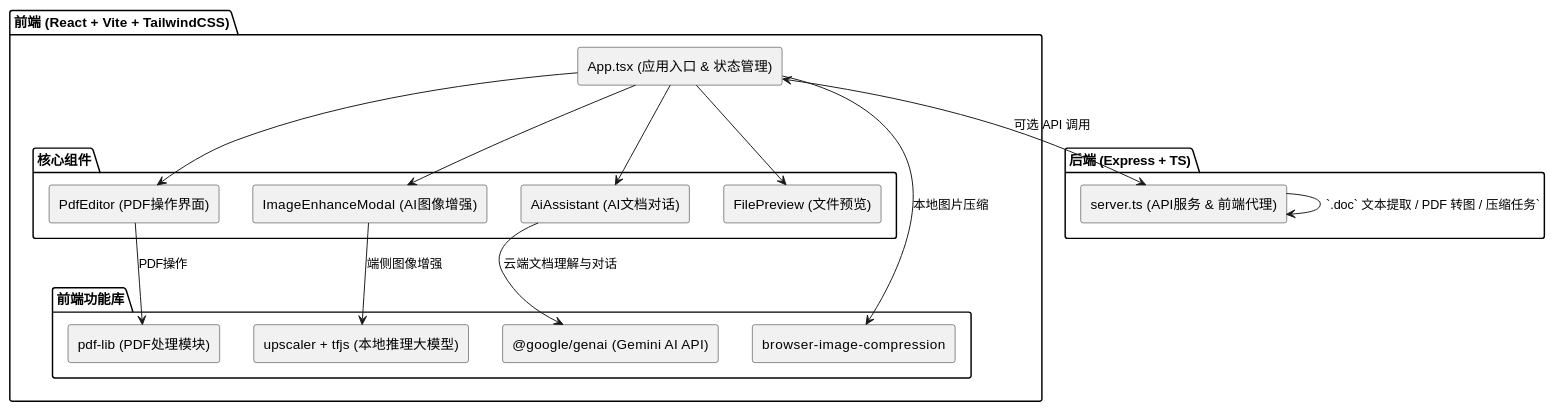
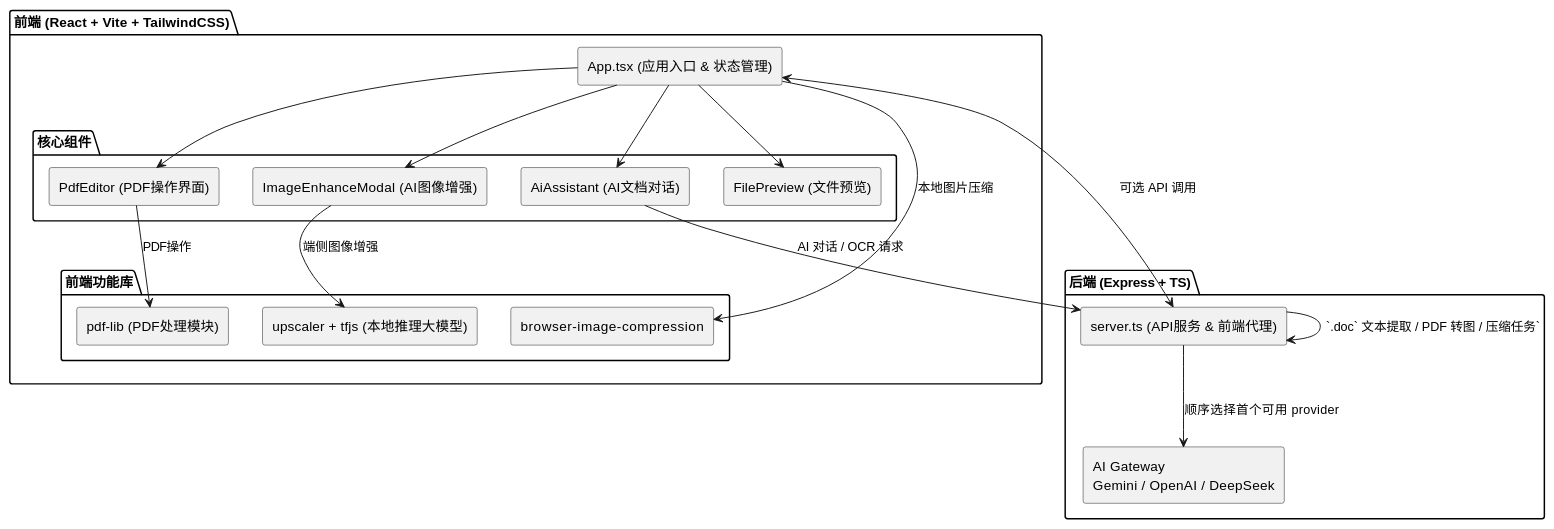
The diagram in docs/architecture.md (miyatsu/student-task), drawn with PlantUML before and after one commit. The commit also changed other lines of this file and 20 other files, not shown here.

````diff
--- a/docs/architecture.md
+++ b/docs/architecture.md
@@ -56,40 +57,41 @@
 ```plantuml
 @startuml
 skinparam componentStyle rectangle
 
 package "前端 (React + Vite + TailwindCSS)" {
   [App.tsx (应用入口 & 状态管理)] as App
   
   package "核心组件" {
     [PdfEditor (PDF操作界面)] as PdfEditor
     [ImageEnhanceModal (AI图像增强)] as ImageEnhanceModal
     [AiAssistant (AI文档对话)] as AiAssistant
     [FilePreview (文件预览)] as FilePreview
   }
   
   package "前端功能库" {
     [pdf-lib (PDF处理模块)] as PDFLib
     [upscaler + tfjs (本地推理大模型)] as TFJS
-    [@google/genai (Gemini AI API)] as GeminiAPI
     [browser-image-compression] as ImageCompression
   }
 }
 
 package "后端 (Express + TS)" {
   [server.ts (API服务 & 前端代理)] as Backend
+  [AI Gateway\nGemini / OpenAI / DeepSeek] as LLMGateway
 }
 
 App --> PdfEditor
 App --> ImageEnhanceModal
 App --> AiAssistant
 App --> FilePreview
 
 PdfEditor --> PDFLib : PDF操作
 ImageEnhanceModal --> TFJS : 端侧图像增强
-AiAssistant --> GeminiAPI : 云端文档理解与对话
+AiAssistant --> Backend : AI 对话 / OCR 请求
 App --> ImageCompression : 本地图片压缩
 
 App <--> Backend : 可选 API 调用
+Backend --> LLMGateway : 顺序选择首个可用 provider
 Backend --> Backend : `.doc` 文本提取 / PDF 转图 / 压缩任务`
 @enduml
 ```
````
